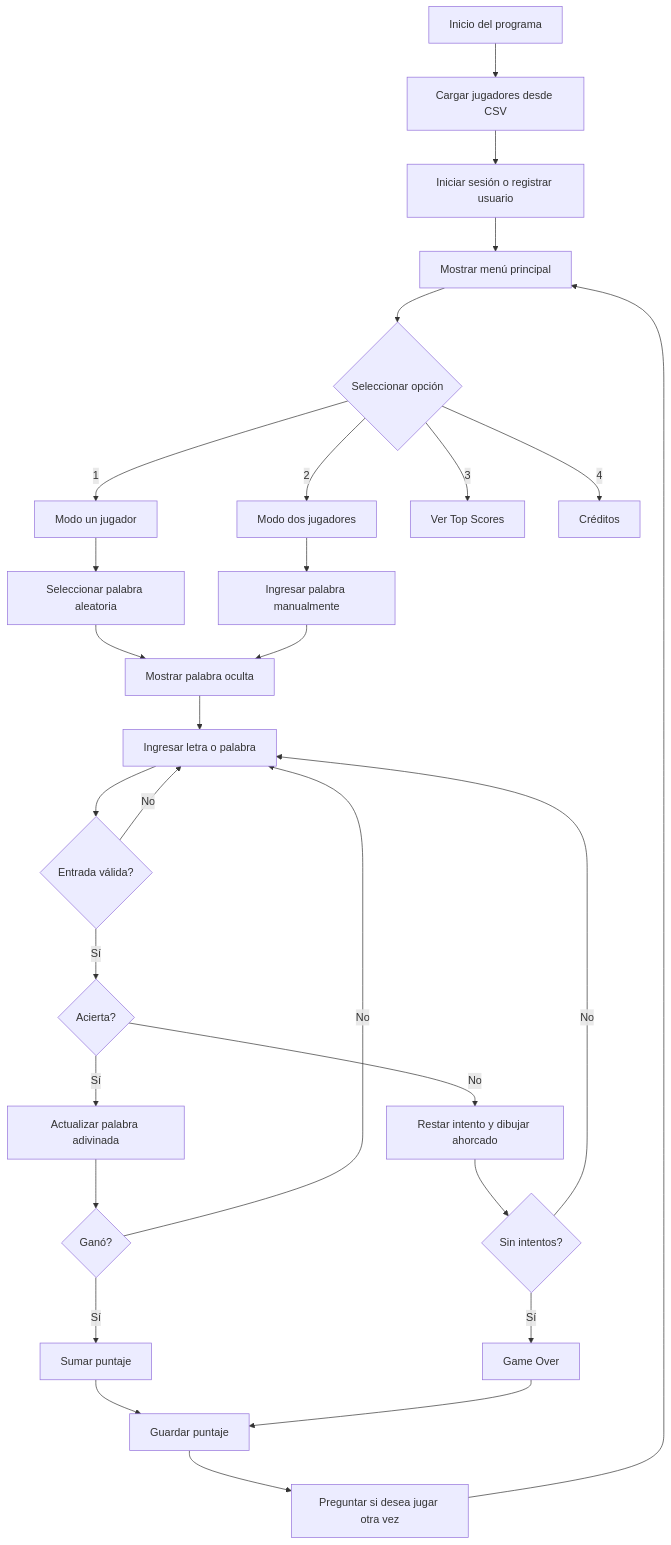
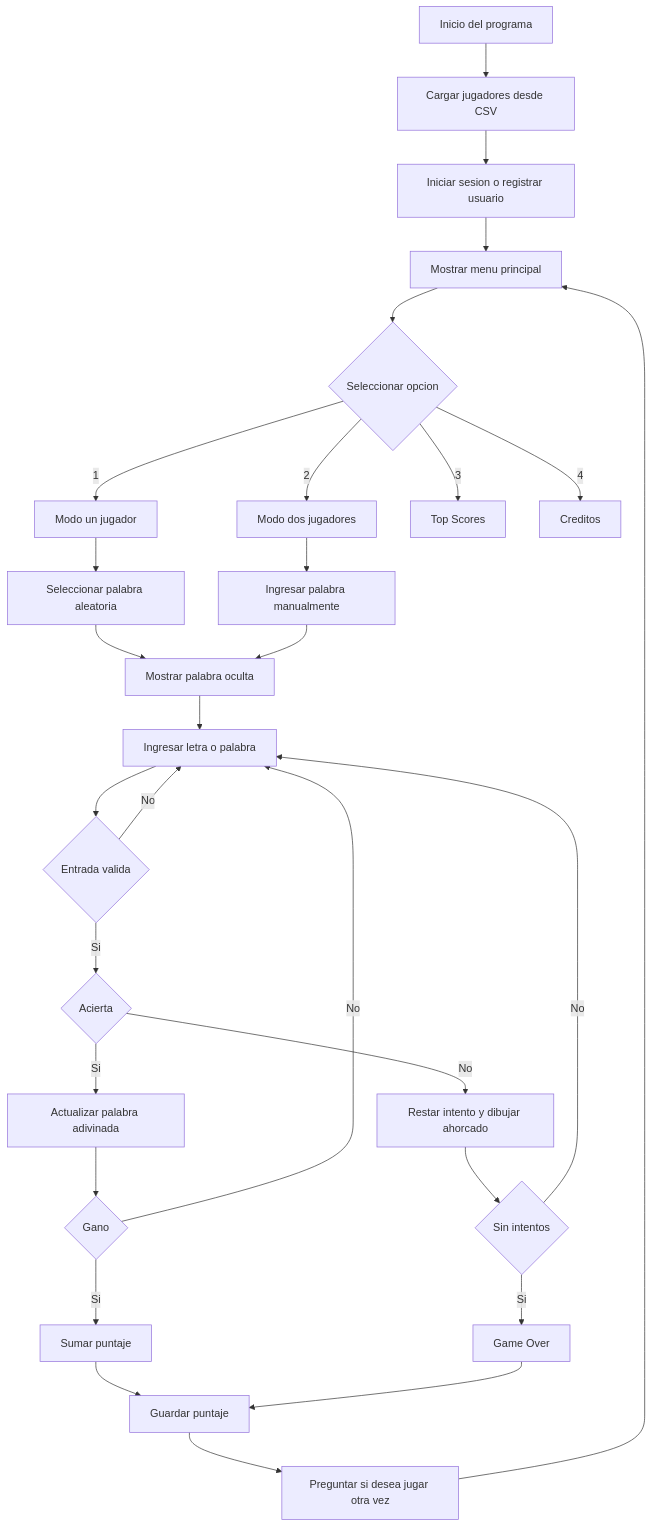
Before and after one commit to JNPC07/Ahorcado-: the first of 2 diagrams in README.md, drawn with Mermaid. The commit also changed other lines of this file, not shown here.

````diff
--- a/README.md
+++ b/README.md
@@ -44,41 +46,41 @@
 ```mermaid
 flowchart TD
     A[Inicio del programa] --> B[Cargar jugadores desde CSV]
-    B --> C[Iniciar sesión o registrar usuario]
-    C --> D[Mostrar menú principal]
-    D --> E{Seleccionar opción}
+    B --> C[Iniciar sesion o registrar usuario]
+    C --> D[Mostrar menu principal]
+    D --> E{Seleccionar opcion}
 
     E -->|1| F[Modo un jugador]
     E -->|2| G[Modo dos jugadores]
-    E -->|3| H[Ver Top Scores]
-    E -->|4| I[Créditos]
+    E -->|3| H[Top Scores]
+    E -->|4| I[Creditos]
 
     F --> J[Seleccionar palabra aleatoria]
     G --> K[Ingresar palabra manualmente]
 
     J --> L[Mostrar palabra oculta]
     K --> L
 
     L --> M[Ingresar letra o palabra]
-    M --> N{Entrada válida?}
+    M --> N{Entrada valida}
 
     N -->|No| M
-    N -->|Sí| O{Acierta?}
+    N -->|Si| O{Acierta}
 
-    O -->|Sí| P[Actualizar palabra adivinada]
+    O -->|Si| P[Actualizar palabra adivinada]
     O -->|No| Q[Restar intento y dibujar ahorcado]
 
-    P --> R{Ganó?}
-    Q --> S{Sin intentos?}
+    P --> R{Gano}
+    Q --> S{Sin intentos}
 
-    R -->|Sí| T[Sumar puntaje]
+    R -->|Si| T[Sumar puntaje]
     R -->|No| M
 
-    S -->|Sí| U[Game Over]
+    S -->|Si| U[Game Over]
     S -->|No| M
 
     T --> V[Guardar puntaje]
     U --> V
     V --> W[Preguntar si desea jugar otra vez]
     W --> D
 ```
````
